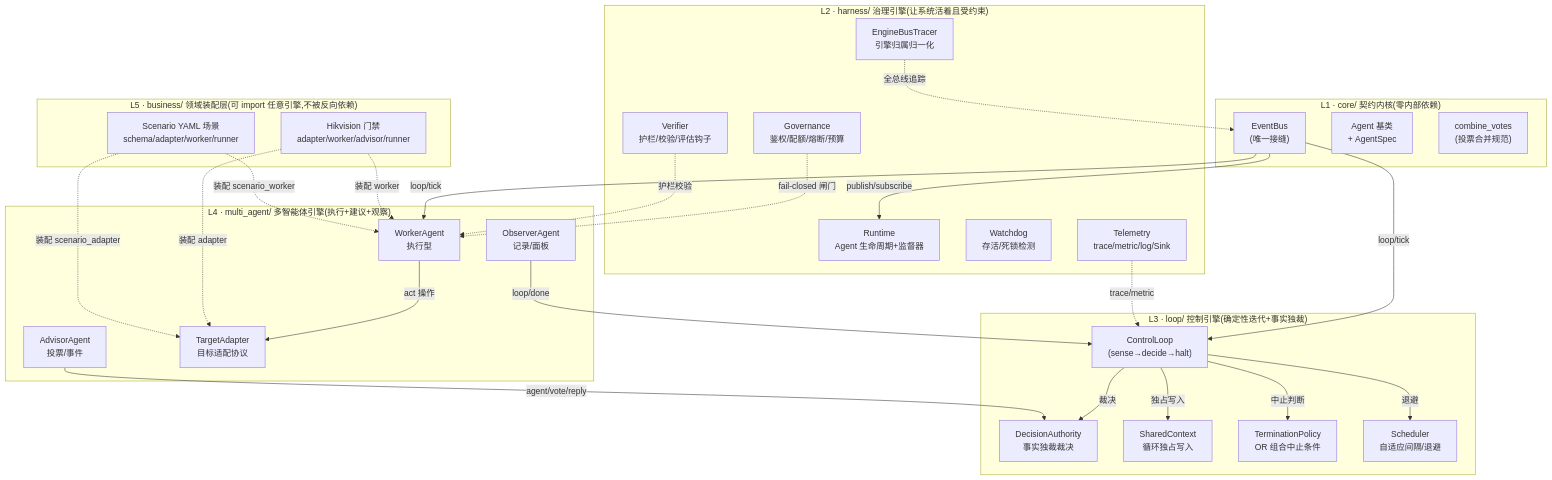
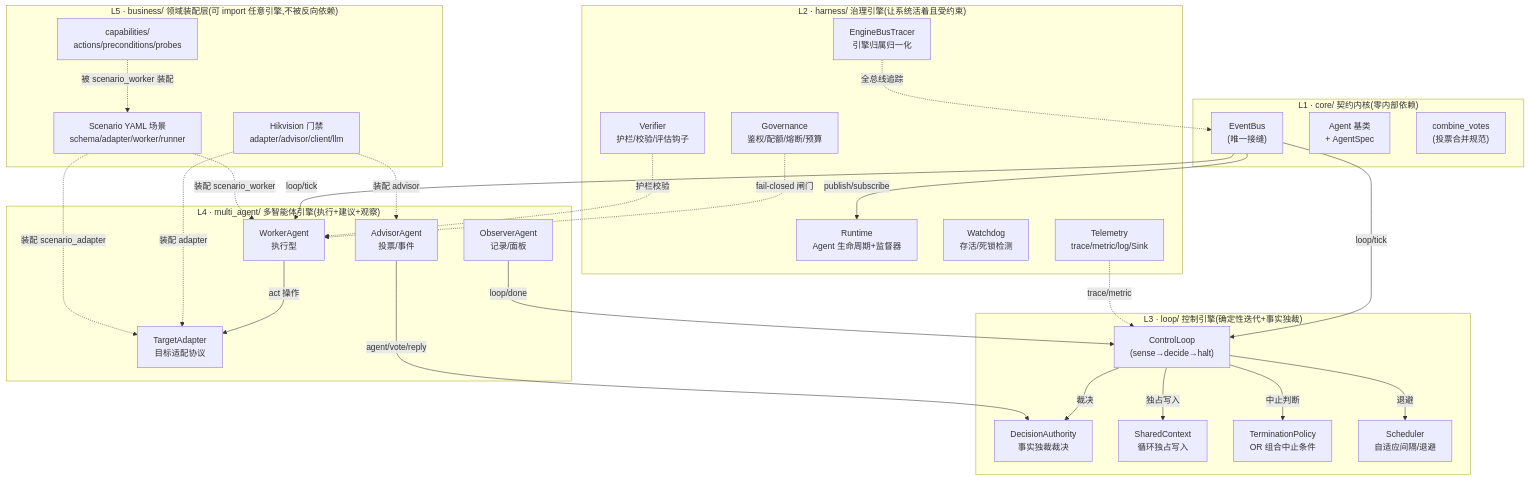
Before and after one commit to sunbos/stability-check: the first of 5 diagrams in docs/plans/系统架构.md, drawn with Mermaid. The commit also changed other lines of this file and 6 other files, not shown here.

````diff
--- a/docs/plans/系统架构.md
+++ b/docs/plans/系统架构.md
@@ -11,65 +11,67 @@
 ```mermaid
 flowchart TB
     subgraph L1["L1 · core/ 契约内核(零内部依赖)"]
         C1["EventBus<br/>(唯一接缝)"]
         C2["Agent 基类<br/>+ AgentSpec"]
         C3["combine_votes<br/>(投票合并规范)"]
     end
     subgraph L2["L2 · harness/ 治理引擎(让系统活着且受约束)"]
         H1["Runtime<br/>Agent 生命周期+监督器"]
         H2["Watchdog<br/>存活/死锁检测"]
         H3["Telemetry<br/>trace/metric/log/Sink"]
         H4["EngineBusTracer<br/>引擎归属归一化"]
         H5["Governance<br/>鉴权/配额/熔断/预算"]
         H6["Verifier<br/>护栏/校验/评估钩子"]
     end
     subgraph L3["L3 · loop/ 控制引擎(确定性迭代+事实独裁)"]
         L1A["ControlLoop<br/>(sense→decide→halt)"]
         L2A["DecisionAuthority<br/>事实独裁裁决"]
         L3A["SharedContext<br/>循环独占写入"]
         L4A["TerminationPolicy<br/>OR 组合中止条件"]
         L5A["Scheduler<br/>自适应间隔/退避"]
     end
     subgraph L4["L4 · multi_agent/ 多智能体引擎(执行+建议+观察)"]
         M1["WorkerAgent<br/>执行型"]
         M2["AdvisorAgent<br/>投票/事件"]
         M3["ObserverAgent<br/>记录/面板"]
         M4["TargetAdapter<br/>目标适配协议"]
     end
     subgraph L5["L5 · business/ 领域装配层(可 import 任意引擎,不被反向依赖)"]
-        B1["Hikvision 门禁<br/>adapter/worker/advisor/runner"]
+        B1["Hikvision 门禁<br/>adapter/advisor/client/llm"]
         B2["Scenario YAML 场景<br/>schema/adapter/worker/runner"]
+        B3["capabilities/<br/>actions/preconditions/probes"]
     end
 
     %% 跨层:EventBus 扇出到三引擎
     C1 -->|publish/subscribe| H1
     C1 -->|loop/tick| L1A
     C1 -->|loop/tick| M1
 
     %% L3 内部(Loop 控制链)
     L1A -->|裁决| L2A
     L1A -->|独占写入| L3A
     L1A -->|退避| L5A
     L1A -->|中止判断| L4A
 
     %% L4 内部(MAS 执行链)
     M1 -->|act 操作| M4
 
     %% L4 → L3 回流(投票/事件上报)
     M2 -->|agent/vote/reply| L2A
     M3 -->|loop/done| L1A
 
     %% L2 → L4 治理闸门(fail-closed,只拦操作不 halt 循环)
     H5 -.fail-closed 闸门.-> M1
     H6 -.护栏校验.-> M1
 
     %% L2 → L3 可观测
     H3 -.trace/metric.-> L1A
     H4 -.全总线追踪.-> C1
 
     %% L5 装配(business 可 import 任意引擎)
     B1 -.装配 adapter.-> M4
-    B1 -.装配 worker.-> M1
+    B1 -.装配 advisor.-> M2
     B2 -.装配 scenario_adapter.-> M4
     B2 -.装配 scenario_worker.-> M1
+    B3 -.被 scenario_worker 装配.-> B2
 ```
````
